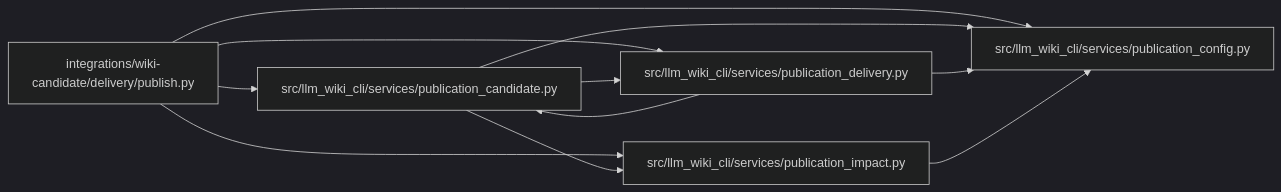
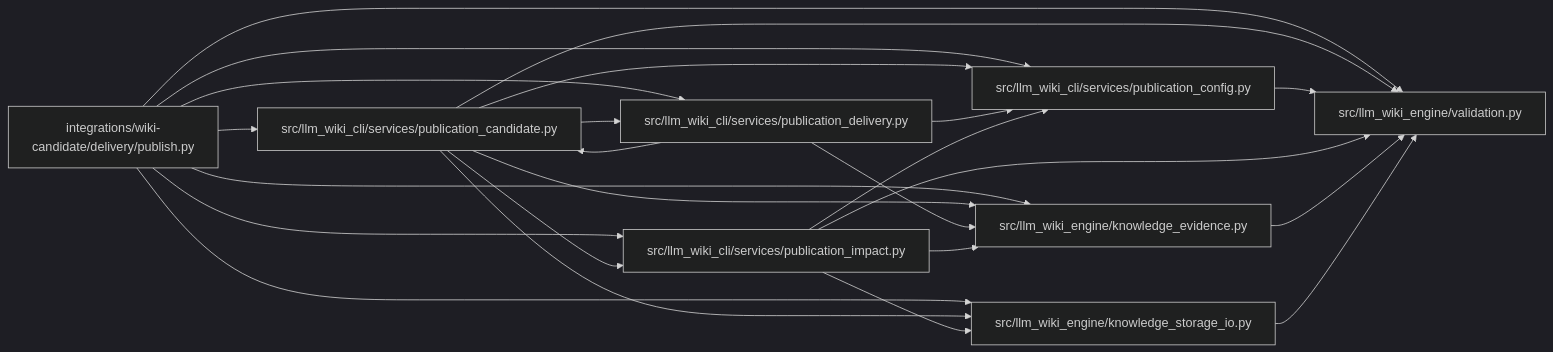
One commit to Denissvgn/python-wiki-llm changed the diagram in docs/llm_wiki/modules/publish.md. Above: the diagram before and after it, drawn with Mermaid (dark theme). The commit also changed other lines of this file and 509 other files, not shown here.

First line of the commit message:
docs: refresh the wiki for the deprecated engine aliases

````diff
--- a/docs/llm_wiki/modules/publish.md
+++ b/docs/llm_wiki/modules/publish.md
@@ -33,23 +33,42 @@
 ```mermaid
 flowchart LR
     n0["integrations/wiki-candidate/delivery/publish.py"]
     n1["src/llm_wiki_cli/services/publication_candidate.py"]
     n2["src/llm_wiki_cli/services/publication_config.py"]
     n3["src/llm_wiki_cli/services/publication_delivery.py"]
     n4["src/llm_wiki_cli/services/publication_impact.py"]
+    n5["src/llm_wiki_engine/knowledge_evidence.py"]
+    n6["src/llm_wiki_engine/knowledge_storage_io.py"]
+    n7["src/llm_wiki_engine/validation.py"]
     n0 --> n1
     n0 --> n2
     n0 --> n3
     n0 --> n4
+    n0 --> n5
+    n0 --> n6
+    n0 --> n7
     n1 --> n2
     n1 --> n3
     n1 --> n4
+    n1 --> n5
+    n1 --> n6
+    n1 --> n7
+    n2 --> n7
     n3 --> n1
     n3 --> n2
+    n3 --> n5
     n4 --> n2
+    n4 --> n5
+    n4 --> n6
+    n4 --> n7
+    n5 --> n7
+    n6 --> n7
     click n0 "../modules/publish.md"
     click n1 "../modules/publication_candidate.md"
     click n2 "../modules/publication_config.md"
     click n3 "../modules/publication_delivery.md"
     click n4 "../modules/publication_impact.md"
+    click n5 "../modules/knowledge_evidence.md"
+    click n6 "../modules/knowledge_storage_io.md"
+    click n7 "../modules/validation.md"
 ```
````
